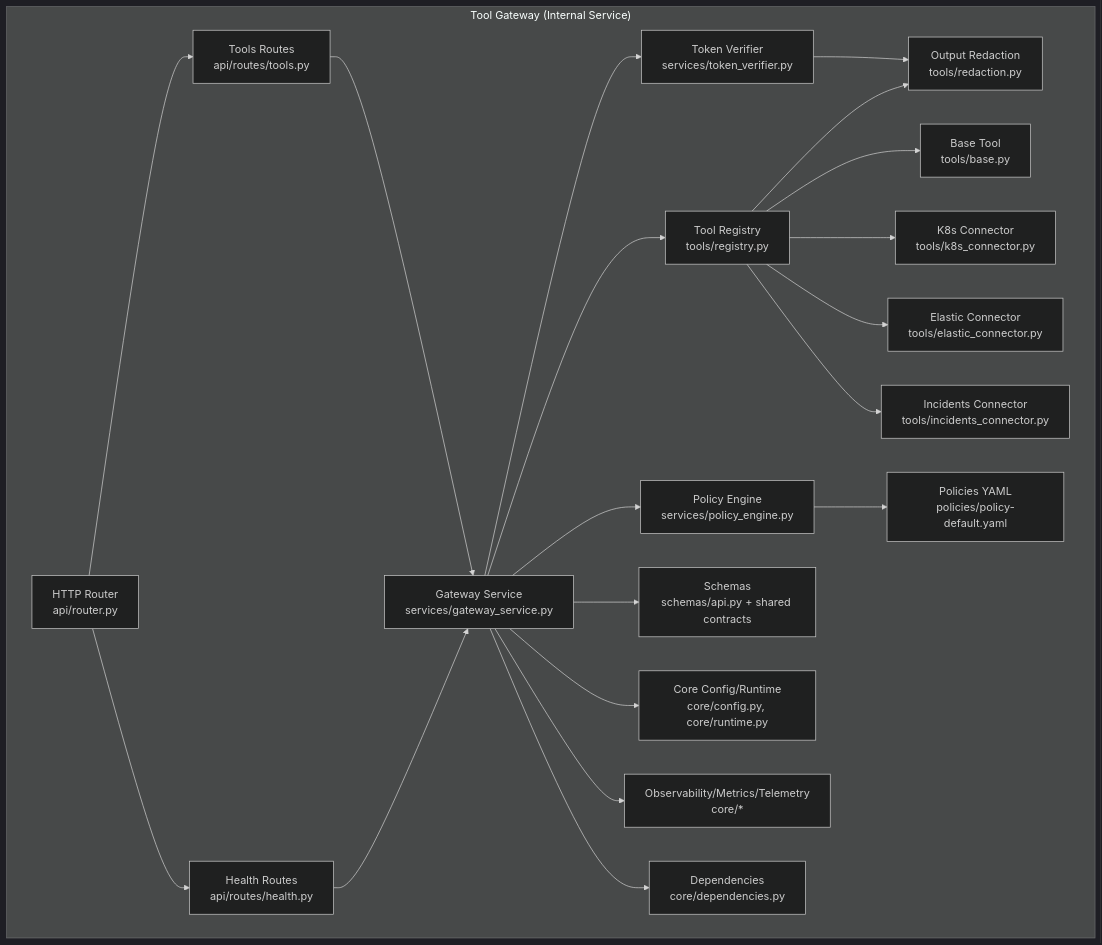
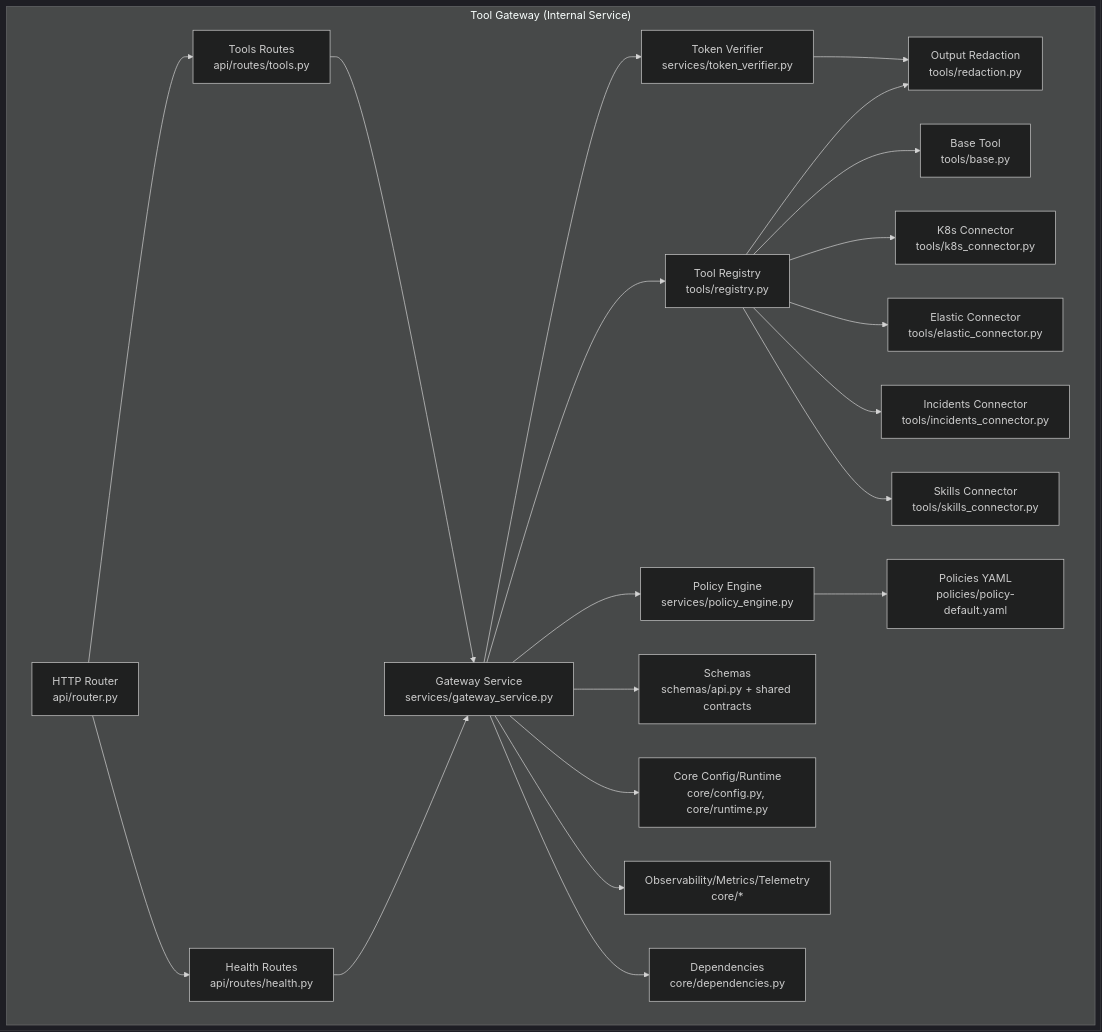
The first of 13 diagrams in .qoder/repowiki/en/content/Tool Gateway Service/Tool Gateway Service.md (metasync/luban-aiops), drawn with Mermaid (dark theme) before and after one commit. The commit also changed other lines of this file and 8 other files, not shown here.

````diff
--- a/.qoder/repowiki/en/content/Tool Gateway Service/Tool Gateway Service.md
+++ b/.qoder/repowiki/en/content/Tool Gateway Service/Tool Gateway Service.md
@@ -89,40 +95,42 @@
 ```mermaid
 graph TB
 subgraph "Tool Gateway (Internal Service)"
 A["HTTP Router<br/>api/router.py"]
 B["Tools Routes<br/>api/routes/tools.py"]
 C["Health Routes<br/>api/routes/health.py"]
 D["Gateway Service<br/>services/gateway_service.py"]
 E["Policy Engine<br/>services/policy_engine.py"]
 F["Token Verifier<br/>services/token_verifier.py"]
 G["Tool Registry<br/>tools/registry.py"]
 H["Base Tool<br/>tools/base.py"]
 I["K8s Connector<br/>tools/k8s_connector.py"]
 J["Elastic Connector<br/>tools/elastic_connector.py"]
 K["Incidents Connector<br/>tools/incidents_connector.py"]
-L["Output Redaction<br/>tools/redaction.py"]
-M["Policies YAML<br/>policies/policy-default.yaml"]
-N["Schemas<br/>schemas/api.py + shared contracts"]
-O["Core Config/Runtime<br/>core/config.py, core/runtime.py"]
-P["Observability/Metrics/Telemetry<br/>core/*"]
-Q["Dependencies<br/>core/dependencies.py"]
+L["Skills Connector<br/>tools/skills_connector.py"]
+M["Output Redaction<br/>tools/redaction.py"]
+N["Policies YAML<br/>policies/policy-default.yaml"]
+O["Schemas<br/>schemas/api.py + shared contracts"]
+P["Core Config/Runtime<br/>core/config.py, core/runtime.py"]
+Q["Observability/Metrics/Telemetry<br/>core/*"]
+R["Dependencies<br/>core/dependencies.py"]
 end
 A --> B
 A --> C
 B --> D
 C --> D
 D --> E
 D --> F
 D --> G
-F --> L
+F --> M
 G --> H
 G --> I
 G --> J
 G --> K
 G --> L
-E --> M
-D --> N
+G --> M
+E --> N
 D --> O
 D --> P
 D --> Q
+D --> R
 ```
````
